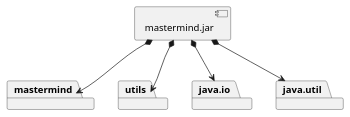
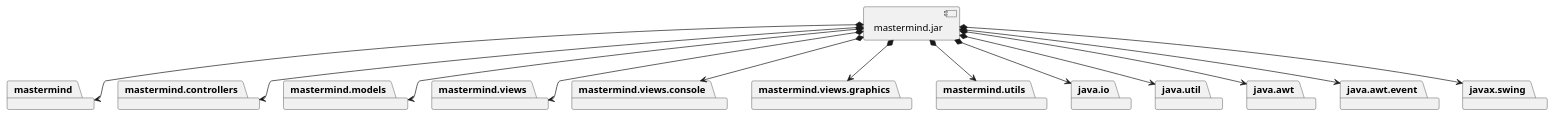
The first of 2 diagrams in modelViewPresenter/presentationModel/withFacade/docs/diagrams/src/vistas.plantuml (SantaTecla-mastermind/solution.java.swing.socket.sql), drawn with PlantUML before and after one commit. The commit also changed other lines of this file and 12 other files, not shown here.

Commit message:
Diagrams updated MVP Facade

```diff
--- a/modelViewPresenter/presentationModel/withFacade/docs/diagrams/src/vistas.plantuml
+++ b/modelViewPresenter/presentationModel/withFacade/docs/diagrams/src/vistas.plantuml
@@ -1,17 +1,41 @@
 @startuml desarrollo_implementacion
 package "  "  as mastermind {
 }
-package "  "  as utils {
+package "  "  as mastermind.controllers {
+}
+package "  "  as mastermind.models {
+}
+package "  "  as mastermind.views {
+}
+package "  "  as mastermind.views.console {
+}
+package "  "  as mastermind.views.graphics {
+}
+package "  "  as mastermind.utils {
 }
 package "  "  as java.io {
 }
 package "  "  as java.util {
 }
+package "  "  as java.awt {
+}
+package "  "  as java.awt.event {
+}
+package "  "  as javax.swing {
+}
 
 [mastermind.jar] as jar
 
 jar *--> mastermind
-jar *--> utils
+jar *--> mastermind.controllers
+jar *--> mastermind.models
+jar *--> mastermind.views
+jar *--> mastermind.views.console
+jar *--> mastermind.views.graphics
+jar *--> mastermind.utils
 jar *--> java.io
 jar *--> java.util
+jar *--> java.awt
+jar *--> java.awt.event
+jar *--> javax.swing
 @enduml
```
